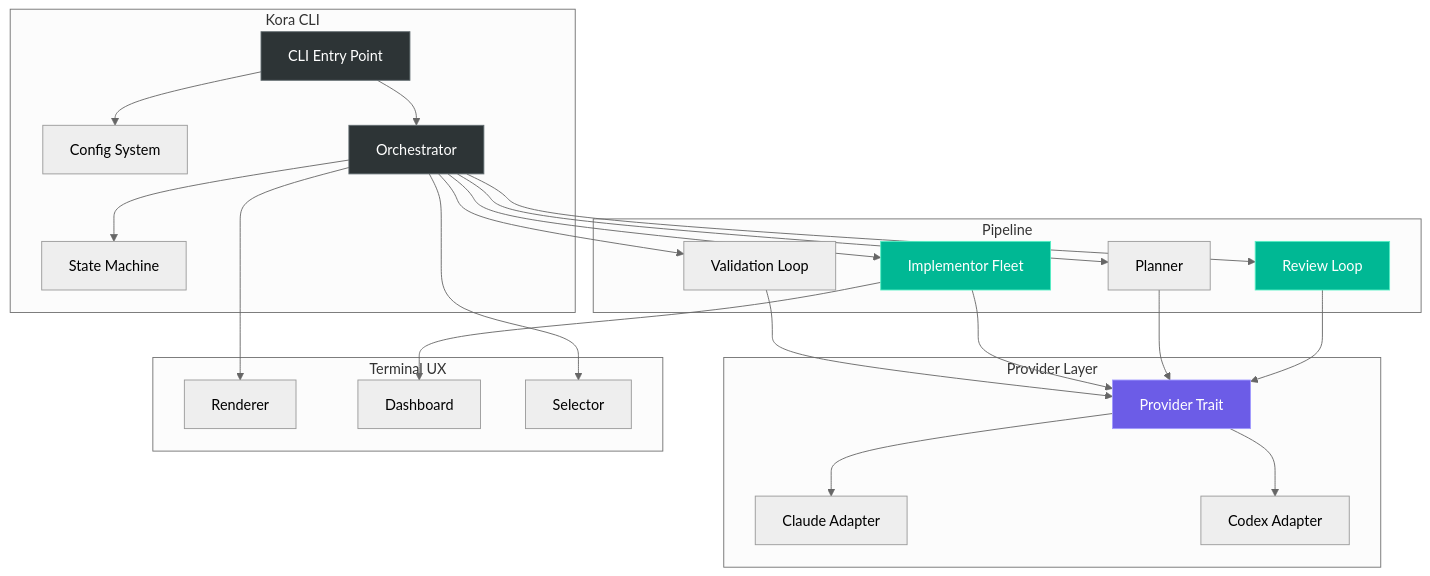
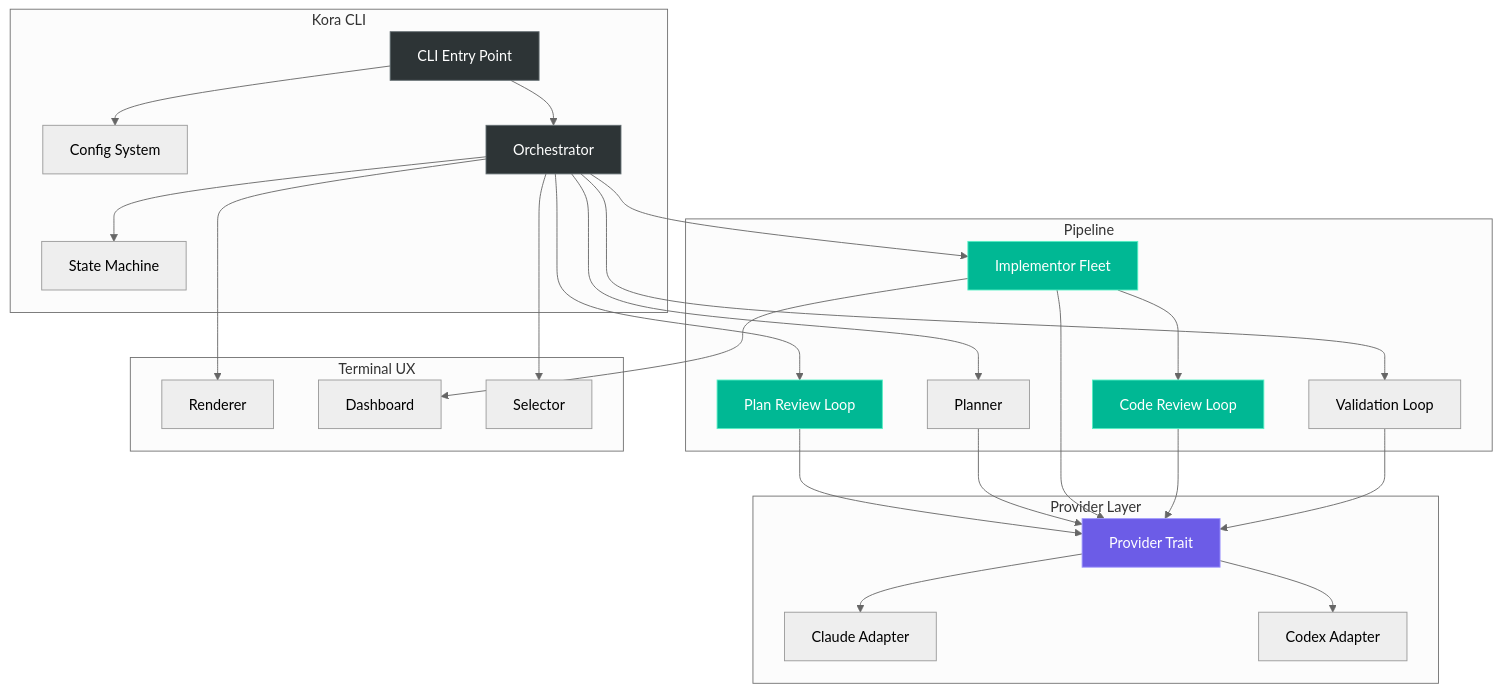
One commit to usekora/kora changed the second of 2 diagrams in README.md. Above: the diagram before and after it, drawn with Mermaid (neutral theme). The commit also changed other lines of this file and 2 other files, not shown here.

````diff
--- a/README.md
+++ b/README.md
@@ -305,51 +301,55 @@
 ```mermaid
 graph TB
     subgraph "Kora CLI"
         CLI[CLI Entry Point]
         Config[Config System]
         SM[State Machine]
         Orch[Orchestrator]
     end
 
     subgraph "Provider Layer"
         PT[Provider Trait]
         CP[Claude Adapter]
         CX[Codex Adapter]
     end
 
     subgraph "Pipeline"
-        RL[Review Loop]
+        RL[Plan Review Loop]
         PL[Planner]
         IF[Implementor Fleet]
+        CR[Code Review Loop]
         VL[Validation Loop]
     end
 
     subgraph "Terminal UX"
         R[Renderer]
         D[Dashboard]
         S[Selector]
     end
 
     CLI --> Config
     CLI --> Orch
     Orch --> SM
     Orch --> RL
     Orch --> PL
     Orch --> IF
+    IF --> CR
     Orch --> VL
     RL --> PT
     PL --> PT
     IF --> PT
+    CR --> PT
     VL --> PT
     PT --> CP
     PT --> CX
     Orch --> R
     IF --> D
     Orch --> S
 
     style CLI fill:#2d3436,stroke:#636e72,color:#fff
     style Orch fill:#2d3436,stroke:#636e72,color:#fff
     style PT fill:#6c5ce7,stroke:#a29bfe,color:#fff
     style RL fill:#00b894,stroke:#55efc4,color:#fff
     style IF fill:#00b894,stroke:#55efc4,color:#fff
+    style CR fill:#00b894,stroke:#55efc4,color:#fff
 ```
````
